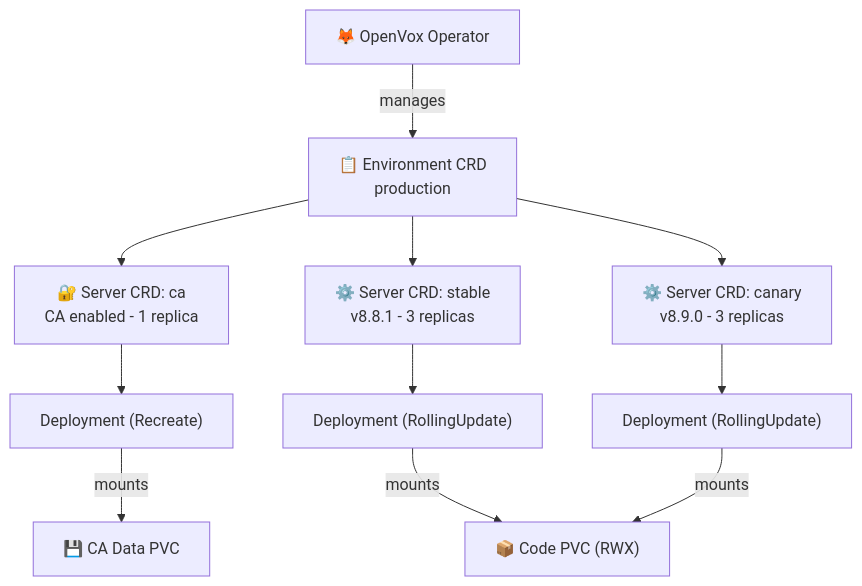
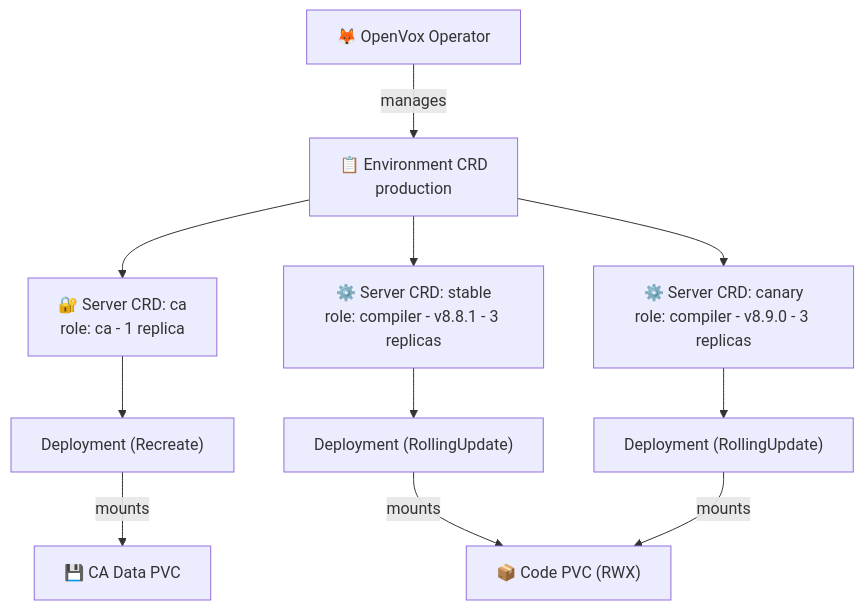
One commit to mathildabot/openvox-operator changed the diagram in README.md. Above: the diagram before and after it, drawn with Mermaid.

Commit message:
docs: clarify server roles in architecture diagram

````diff
--- a/README.md
+++ b/README.md
@@ -22,18 +22,18 @@
 ```mermaid
 graph TD
     Op["🦊 OpenVox Operator"]
     Op -->|manages| Env
 
     Env["📋 Environment CRD<br/>production"]
-    Env --> CA["🔐 Server CRD: ca<br/>CA enabled - 1 replica"]
-    Env --> Stable["⚙️ Server CRD: stable<br/>v8.8.1 - 3 replicas"]
-    Env --> Canary["⚙️ Server CRD: canary<br/>v8.9.0 - 3 replicas"]
+    Env --> CA["🔐 Server CRD: ca<br/>role: ca - 1 replica"]
+    Env --> Stable["⚙️ Server CRD: stable<br/>role: compiler - v8.8.1 - 3 replicas"]
+    Env --> Canary["⚙️ Server CRD: canary<br/>role: compiler - v8.9.0 - 3 replicas"]
 
     CA --> CA_D["Deployment (Recreate)"]
     Stable --> ST_D["Deployment (RollingUpdate)"]
     Canary --> CA_D2["Deployment (RollingUpdate)"]
 
     CA_D -->|mounts| CA_PVC["💾 CA Data PVC"]
     ST_D -->|mounts| Code_PVC["📦 Code PVC (RWX)"]
     CA_D2 -->|mounts| Code_PVC
 ```
````
